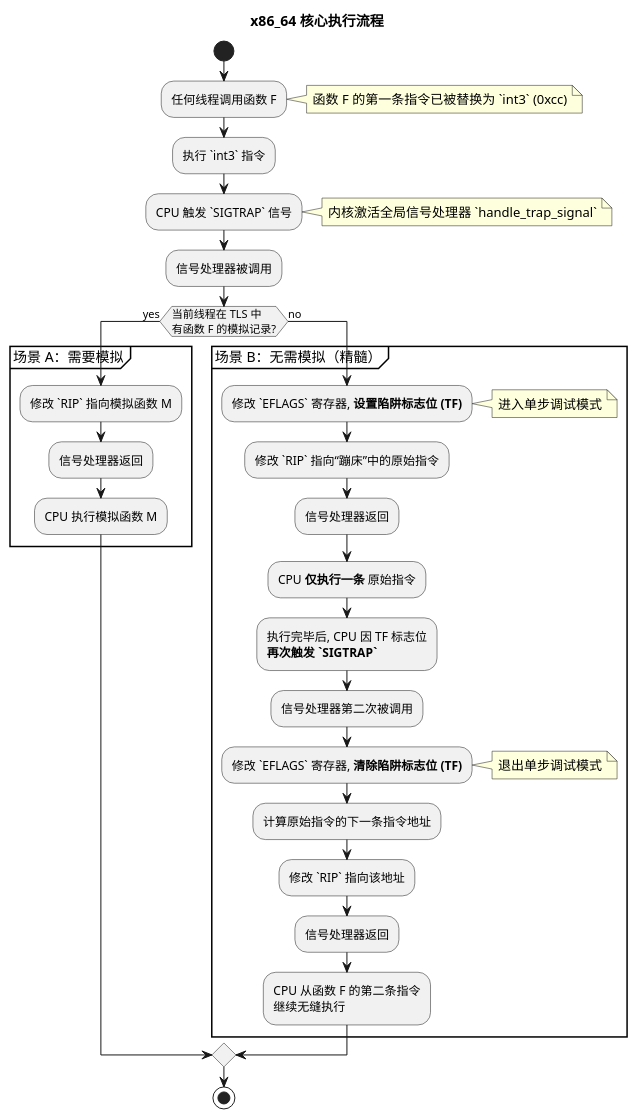
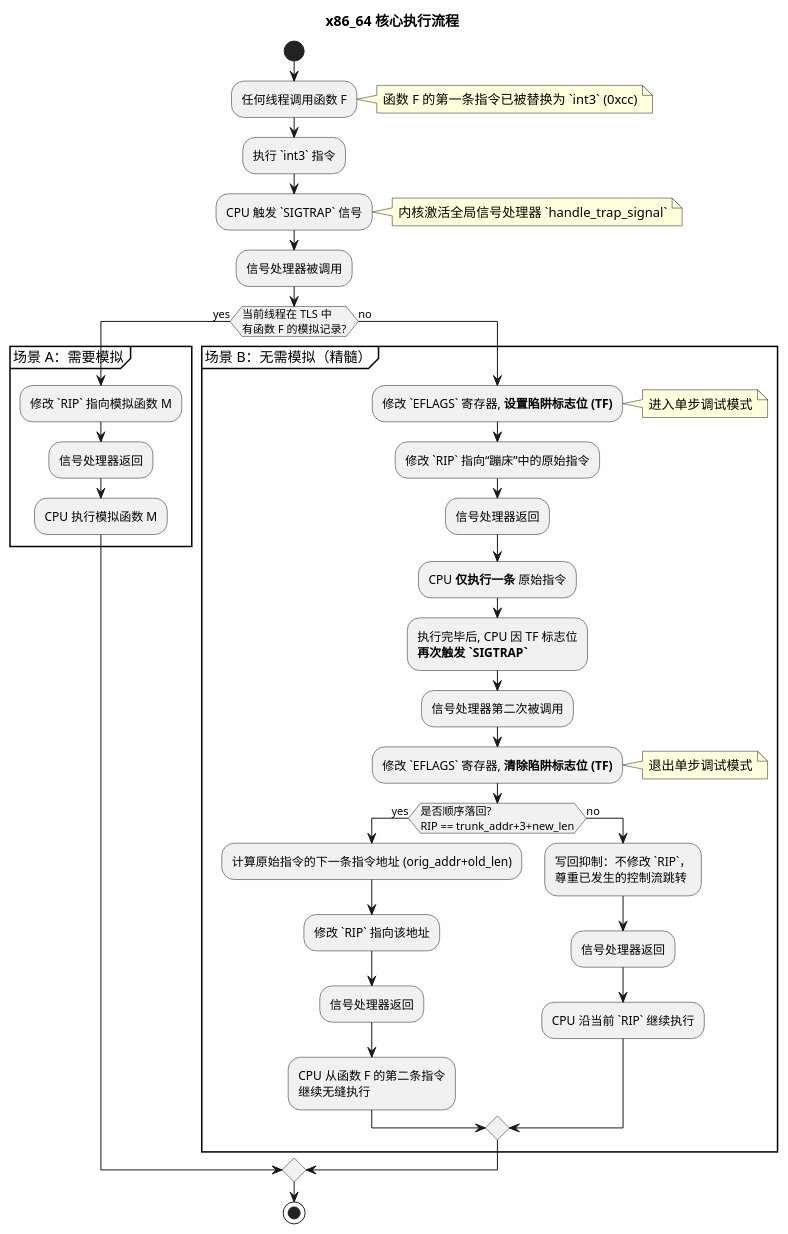
The second of 3 diagrams in doc/方案介绍.md (skyfireitdiy/mockrs), drawn with PlantUML before and after one commit. The commit also changed other lines of this file, not shown here.

````diff
--- a/doc/方案介绍.md
+++ b/doc/方案介绍.md
@@ -224,40 +224,46 @@
 ```plantuml
 @startuml
 title x86_64 核心执行流程
 
 start
 :任何线程调用函数 F;
 note right: 函数 F 的第一条指令已被替换为 `int3` (0xcc)
 
 :执行 `int3` 指令;
 :CPU 触发 `SIGTRAP` 信号;
 note right: 内核激活全局信号处理器 `handle_trap_signal`
 
 :信号处理器被调用;
 if (当前线程在 TLS 中\n有函数 F 的模拟记录?) then (yes)
   partition "场景 A：需要模拟" {
     :修改 `RIP` 指向模拟函数 M;
     :信号处理器返回;
     :CPU 执行模拟函数 M;
   }
 else (no)
   partition "场景 B：无需模拟（精髓）" {
     :修改 `EFLAGS` 寄存器, **设置陷阱标志位 (TF)**;
     note right: 进入单步调试模式
     :修改 `RIP` 指向“蹦床”中的原始指令;
     :信号处理器返回;
     :CPU **仅执行一条** 原始指令;
     :执行完毕后, CPU 因 TF 标志位\n**再次触发 `SIGTRAP`**;
     :信号处理器第二次被调用;
     :修改 `EFLAGS` 寄存器, **清除陷阱标志位 (TF)**;
     note right: 退出单步调试模式
-    :计算原始指令的下一条指令地址;
-    :修改 `RIP` 指向该地址;
-    :信号处理器返回;
-    :CPU 从函数 F 的第二条指令\n继续无缝执行;
+    if (是否顺序落回?\nRIP == trunk_addr+3+new_len) then (yes)
+      :计算原始指令的下一条指令地址 (orig_addr+old_len);
+      :修改 `RIP` 指向该地址;
+      :信号处理器返回;
+      :CPU 从函数 F 的第二条指令\n继续无缝执行;
+    else (no)
+      :写回抑制：不修改 `RIP`，\n尊重已发生的控制流跳转;
+      :信号处理器返回;
+      :CPU 沿当前 `RIP` 继续执行;
+    endif
   }
 endif
 stop
 
 @enduml
 ```
````
